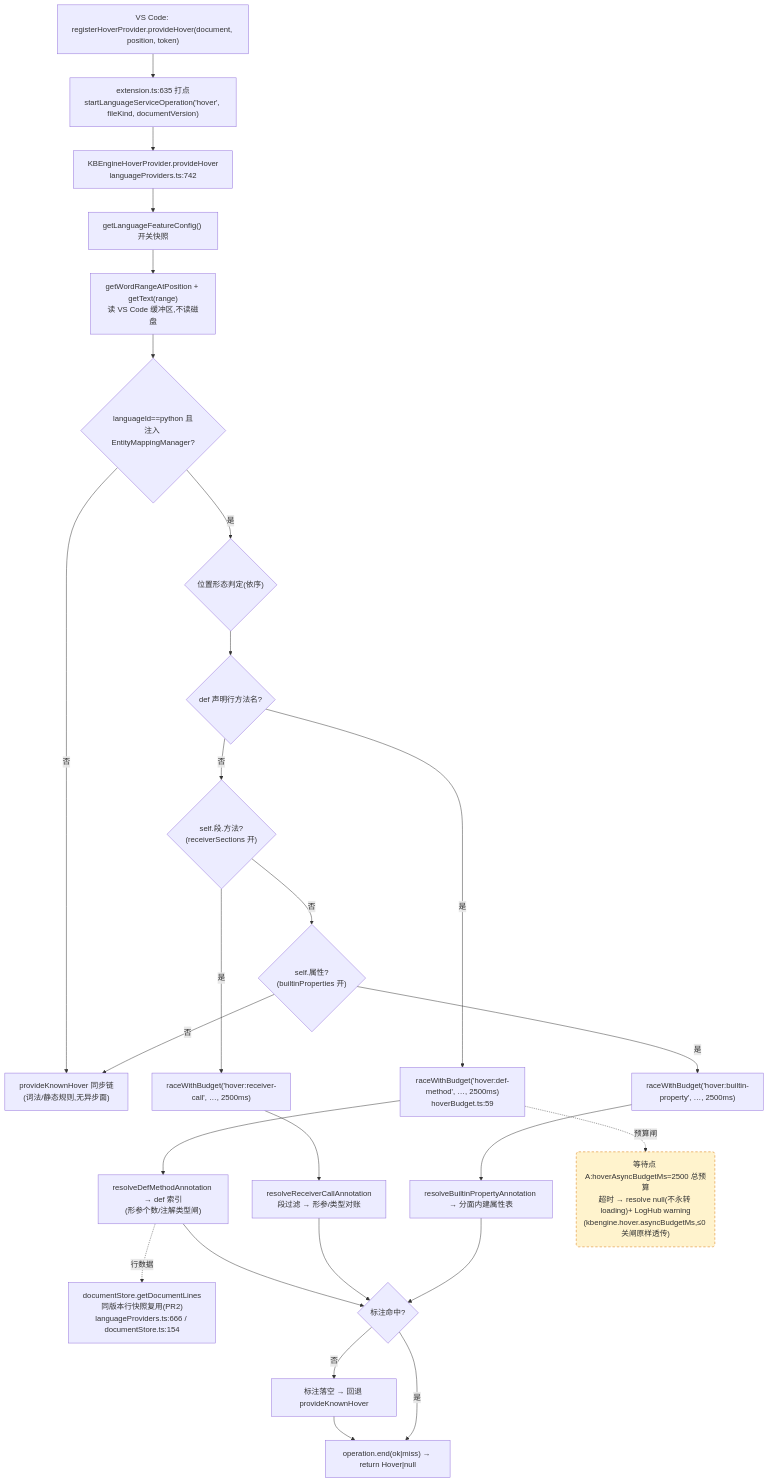
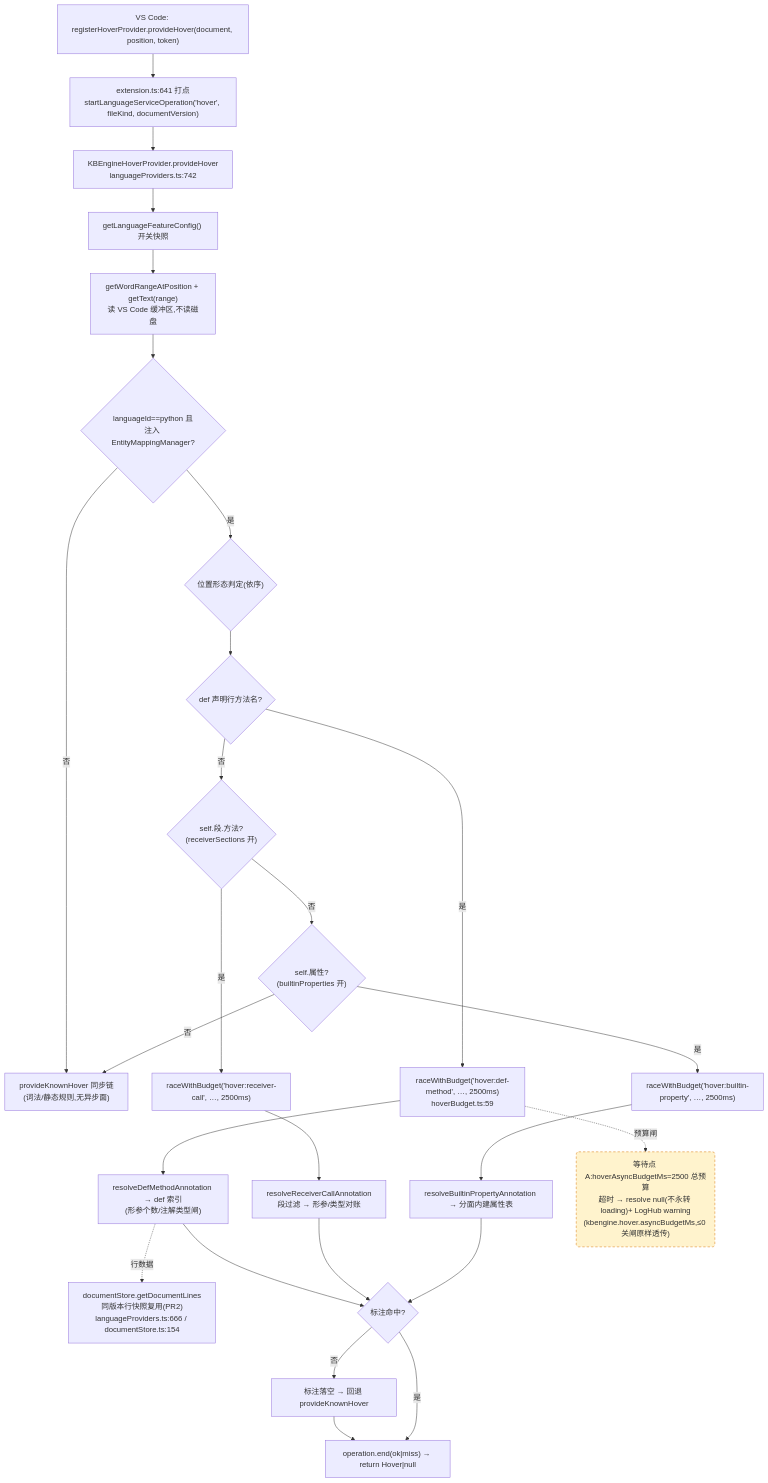
Before and after one commit to cuihairu/kode: the first of 4 diagrams in docs/perf/2026-baseline.md, drawn with Mermaid. The commit also changed other lines of this file and 6 other files, not shown here.

````diff
--- a/docs/perf/2026-baseline.md
+++ b/docs/perf/2026-baseline.md
@@ -82,45 +82,45 @@
 ```mermaid
 flowchart TD
   VC1["VS Code: registerHoverProvider.provideHover(document, position, token)"]
-  M1["extension.ts:635 打点<br/>startLanguageServiceOperation('hover', fileKind, documentVersion)"]
+  M1["extension.ts:641 打点<br/>startLanguageServiceOperation('hover', fileKind, documentVersion)"]
   HP["KBEngineHoverProvider.provideHover<br/>languageProviders.ts:742"]
   CFG["getLanguageFeatureConfig() 开关快照"]
   WORD["getWordRangeAtPosition + getText(range)<br/>读 VS Code 缓冲区,不读磁盘"]
   BR{"languageId==python 且<br/>注入 EntityMappingManager?"}
   KN["provideKnownHover 同步链<br/>(词法/静态规则,无异步面)"]
   POS{"位置形态判定(依序)"}
   D1{"def 声明行方法名?"}
   D2{"self.段.方法?<br/>(receiverSections 开)"}
   D3{"self.属性?<br/>(builtinProperties 开)"}
   RA1["raceWithBudget('hover:def-method', …, 2500ms)<br/>hoverBudget.ts:59"]
   RA2["raceWithBudget('hover:receiver-call', …, 2500ms)"]
   RA3["raceWithBudget('hover:builtin-property', …, 2500ms)"]
   RS1["resolveDefMethodAnnotation → def 索引<br/>(形参个数/注解类型闸)"]
   RS2["resolveReceiverCallAnnotation<br/>段过滤 → 形参/类型对账"]
   RS3["resolveBuiltinPropertyAnnotation → 分面内建属性表"]
   LINES["documentStore.getDocumentLines<br/>同版本行快照复用(PR2)<br/>languageProviders.ts:666 / documentStore.ts:154"]
   MISS["标注落空 → 回退 provideKnownHover"]
   END1["operation.end(ok|miss) → return Hover|null"]
 
   VC1 --> M1 --> HP --> CFG --> WORD --> BR
   BR -- "否" --> KN
   BR -- "是" --> POS --> D1
   D1 -- "是" --> RA1 --> RS1
   D1 -- "否" --> D2
   D2 -- "是" --> RA2 --> RS2
   D2 -- "否" --> D3
   D3 -- "是" --> RA3 --> RS3
   D3 -- "否" --> KN
   RS1 --> HIT{"标注命中?"}
   RS2 --> HIT
   RS3 --> HIT
   RS1 -.->|行数据| LINES
   HIT -- "否" --> MISS --> END1
   HIT -- "是" --> END1
 
   WAITA("等待点 A:hoverAsyncBudgetMs=2500 总预算<br/>超时 → resolve null(不永转 loading)+ LogHub warning<br/>(kbengine.hover.asyncBudgetMs,≤0 关闸原样透传)")
   RA1 -.->|预算闸| WAITA
 
   classDef waitPoint fill:#fff3cd,stroke:#d97706,stroke-dasharray:5 4;
   class WAITA waitPoint;
 ```
````
